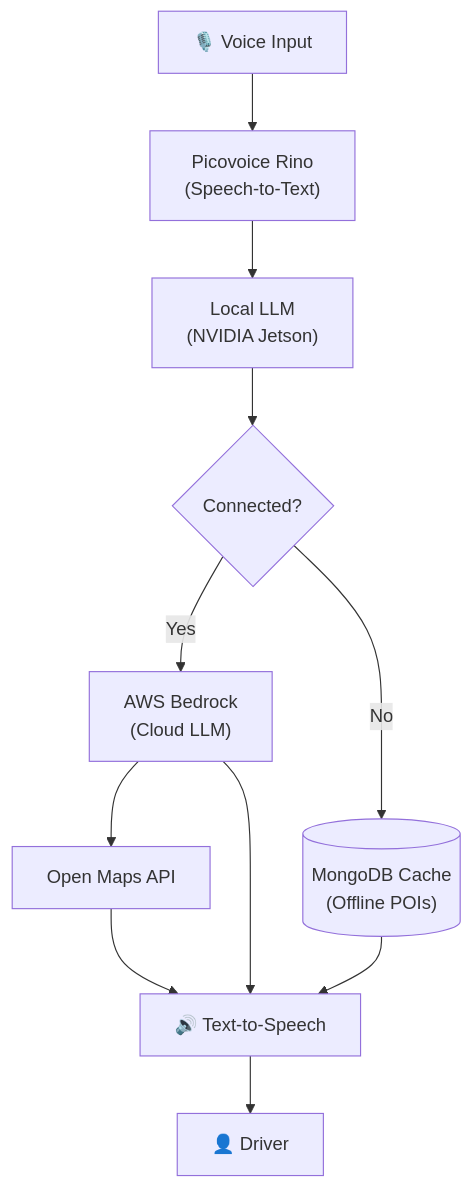
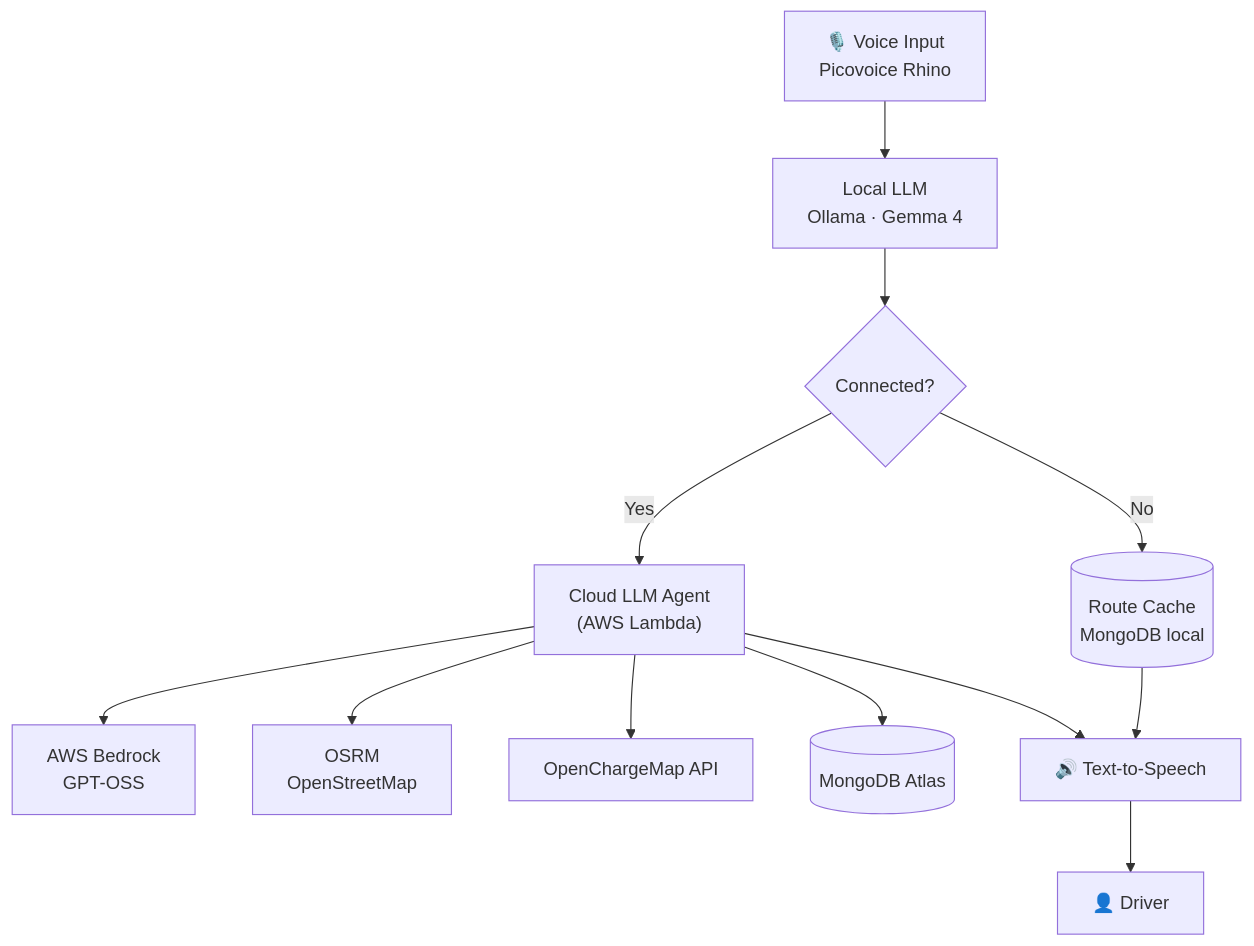
The diagram in canals-workspace/Tech Stack.md (Bosch-Connected-Experience-26/Canals), drawn with Mermaid before and after one commit. The commit also changed other lines of this file and 2 other files, not shown here.

````diff
--- a/canals-workspace/Tech Stack.md
+++ b/canals-workspace/Tech Stack.md
@@ -23,17 +37,19 @@
 ```mermaid
 flowchart TD
-    Voice["🎙️ Voice Input"] --> STT["Picovoice Rino<br>(Speech-to-Text)"]
-    STT --> LLM["Local LLM<br>(NVIDIA Jetson)"]
+    Voice["🎙️ Voice Input<br>Picovoice Rhino"] --> LLM["Local LLM<br>Ollama · Gemma 4"]
 
     LLM --> Check{Connected?}
 
-    Check -- Yes --> CloudLLM["AWS Bedrock<br>(Cloud LLM)"]
-    CloudLLM --> Maps["Open Maps API"]
-    Maps --> TTS
+    Check -- Yes --> CloudLLM["Cloud LLM Agent<br>(AWS Lambda)"]
+    CloudLLM --> Bedrock["AWS Bedrock<br>GPT-OSS"]
+    CloudLLM --> OSM["OSRM<br>OpenStreetMap"]
+    CloudLLM --> OCM["OpenChargeMap API"]
+    CloudLLM --> Atlas[("MongoDB Atlas")]
 
-    Check -- No --> Cache[("MongoDB Cache<br>(Offline POIs)")]
+    Check -- No --> Cache[("Route Cache<br>MongoDB local")]
+
     Cache --> TTS["🔊 Text-to-Speech"]
+    CloudLLM --> TTS
 
-    CloudLLM --> TTS
     TTS --> Driver["👤 Driver"]
 ```
````
